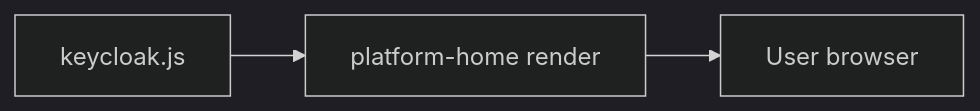
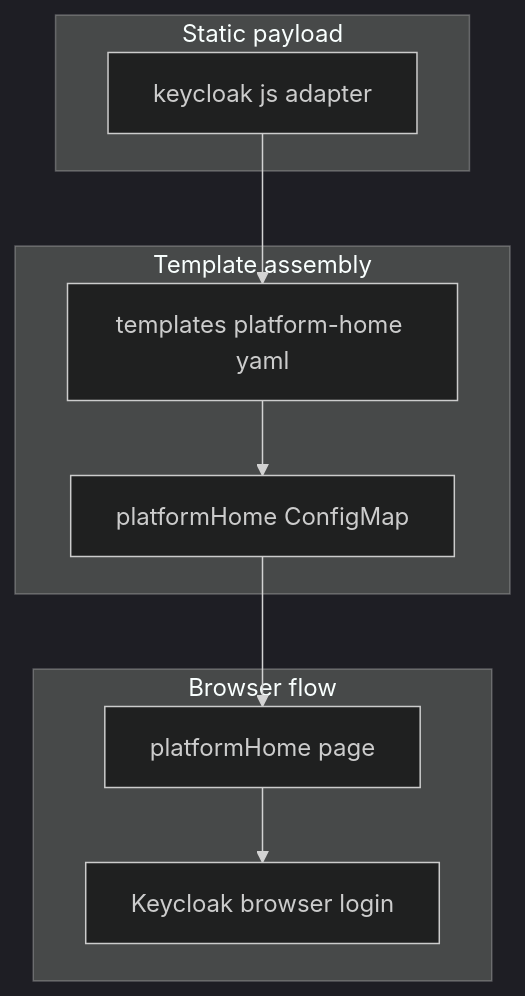
One commit to sanger-pathogens/dlh-in-a-box-umbrella-helm-chart changed the diagram in charts/dlh-in-a-box/files/platform-home/README.md. Above: the diagram before and after it, drawn with Mermaid (dark theme). The commit also changed other lines of this file and 34 other files, not shown here.

Commit message:
docs: expand repo guides and add umbrella chart manual

````diff
--- a/charts/dlh-in-a-box/files/platform-home/README.md
+++ b/charts/dlh-in-a-box/files/platform-home/README.md
@@ -7,5 +19,21 @@
 ```mermaid
-flowchart LR
-  Asset[keycloak.js] --> PortalConfig[platform-home render]
-  PortalConfig --> Browser[User browser]
+flowchart TD
+  subgraph Payload["Static payload"]
+    KeycloakJs[keycloak js adapter]
+  end
+
+  subgraph Render["Template assembly"]
+    Template[templates platform-home yaml]
+    ConfigMap[platformHome ConfigMap]
+  end
+
+  subgraph Runtime["Browser flow"]
+    Portal[platformHome page]
+    Login[Keycloak browser login]
+  end
+
+  KeycloakJs --> Template
+  Template --> ConfigMap
+  ConfigMap --> Portal
+  Portal --> Login
 ```
````
